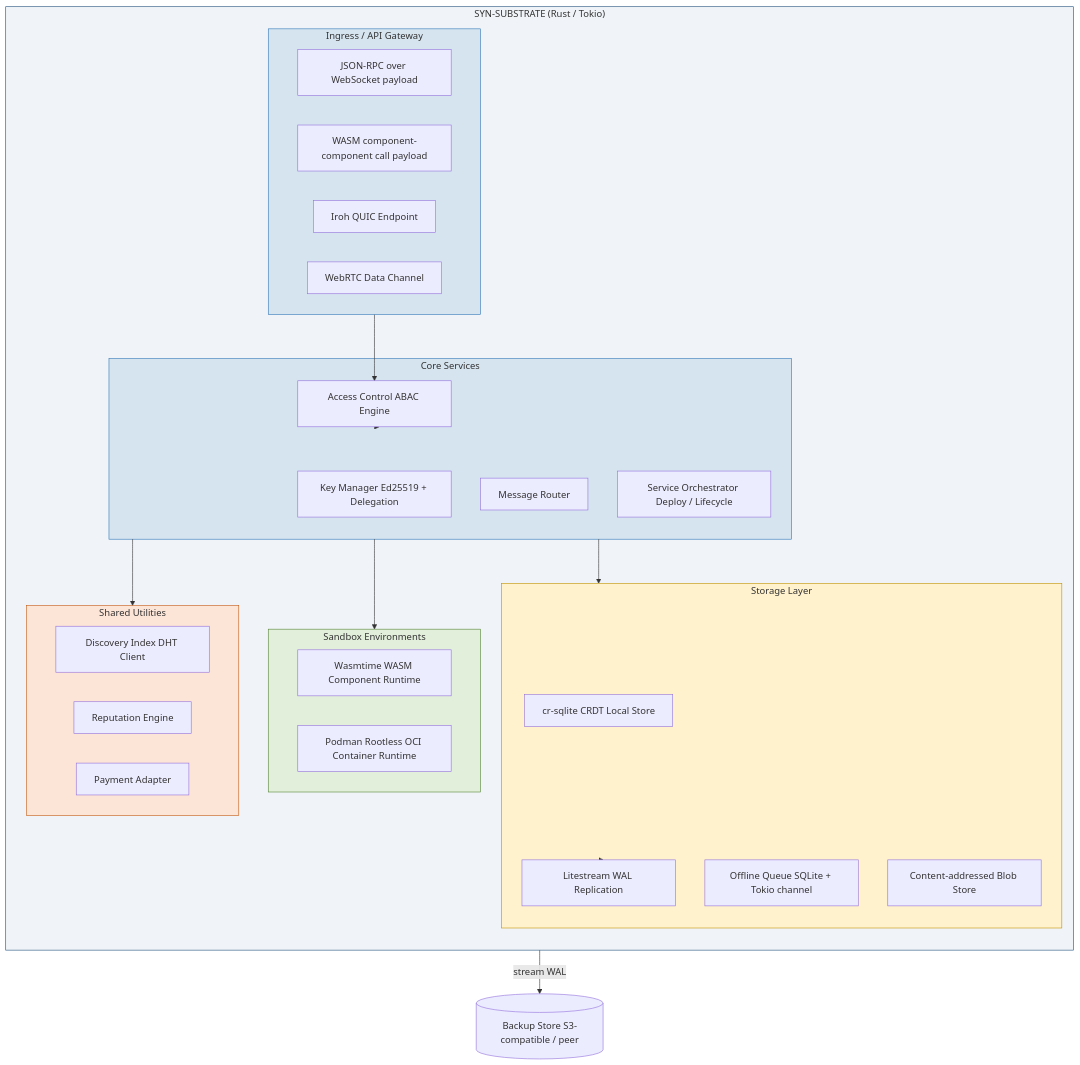
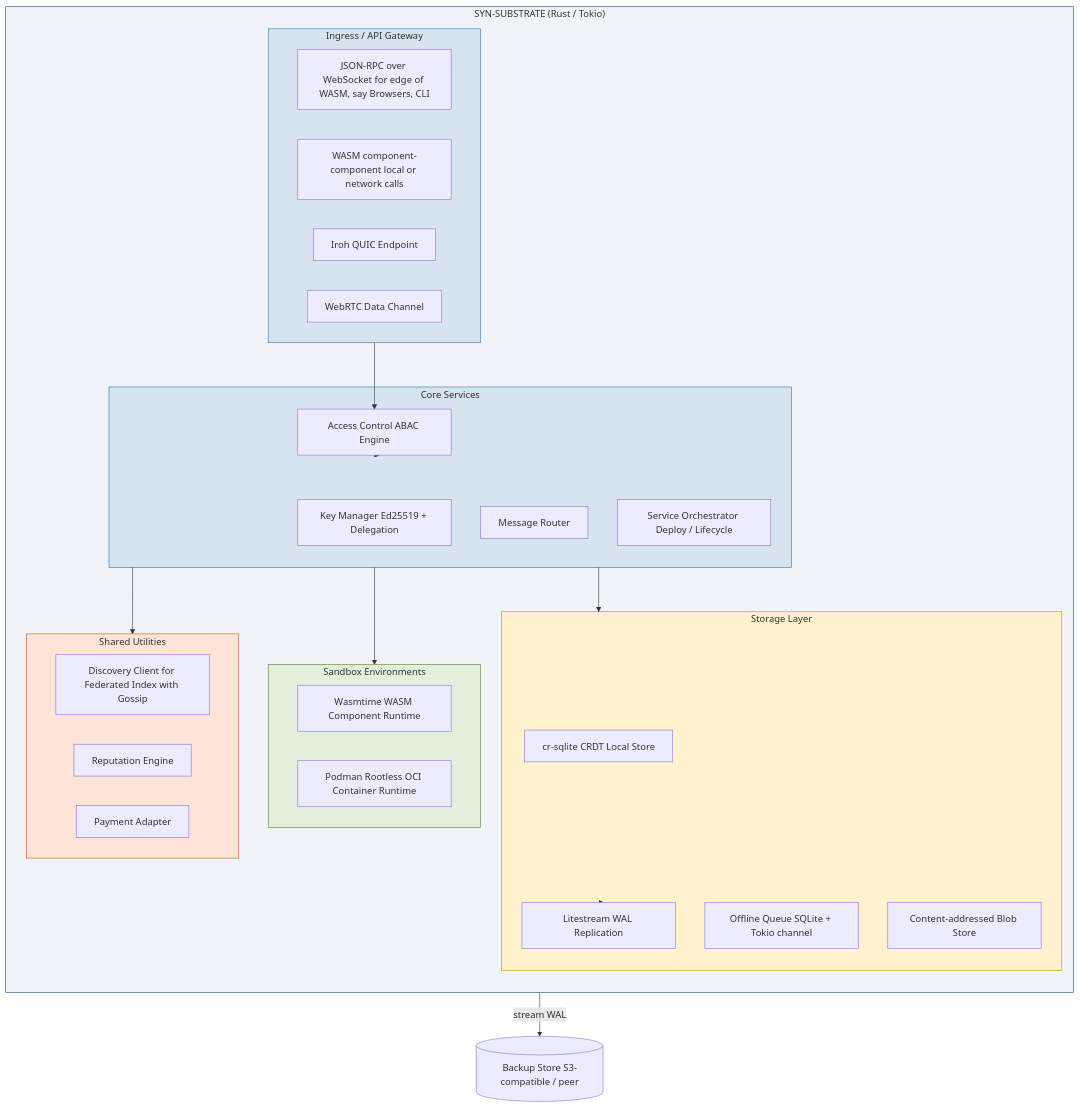
The sixth of 21 diagrams in docs/architecture.md (syneroym/syneroym), drawn with Mermaid before and after one commit. The commit also changed other lines of this file, not shown here.

Commit message:
docs: gossip based search, local call optimize

````diff
--- a/docs/architecture.md
+++ b/docs/architecture.md
@@ -219,53 +219,53 @@
 ```mermaid
 flowchart TD
     subgraph SUBSTRATE["SYN-SUBSTRATE (Rust / Tokio)"]
         direction TB
         
         subgraph INGRESS["Ingress / API Gateway"]
-            WS[JSON-RPC over WebSocket payload]
-            wRPC[WASM component-component call payload]
+            WS[JSON-RPC over WebSocket for edge of WASM, say Browsers, CLI]
+            wRPC[WASM component-component local or network calls]
             QUIC_EP[Iroh QUIC Endpoint]
             WRT[WebRTC Data Channel]
         end
 
         subgraph CORE["Core Services"]
             KM[Key Manager Ed25519 + Delegation]
             AC[Access Control ABAC Engine]
             MSG[Message Router]
             ORCH[Service Orchestrator Deploy / Lifecycle]
         end
 
         subgraph SANDBOX["Sandbox Environments"]
             WASM[Wasmtime WASM Component Runtime]
             OCI[Podman Rootless OCI Container Runtime]
         end
 
         subgraph STORAGE["Storage Layer"]
             CRSQL[cr-sqlite CRDT Local Store]
             QUEUE[Offline Queue SQLite + Tokio channel]
             BLOB[Content-addressed Blob Store]
             LS[Litestream WAL Replication]
         end
 
         subgraph UTIL["Shared Utilities"]
-            DISC[Discovery Index DHT Client]
+            DISC[Discovery Client for Federated Index with Gossip]
             REP[Reputation Engine]
             PAY[Payment Adapter]
         end
     end
 
     INGRESS --> AC
     AC --> CORE
     CORE --> SANDBOX
     CORE --> STORAGE
     CORE --> UTIL
     STORAGE --> LS
     LS -->|"stream WAL"| BACKUP[(Backup Store S3-compatible / peer)]
 
     style SUBSTRATE fill:#f0f4f8,stroke:#1F4E79
     style INGRESS fill:#D6E4F0,stroke:#2E75B6
     style CORE fill:#D6E4F0,stroke:#2E75B6
     style SANDBOX fill:#E2EFDA,stroke:#548235
     style STORAGE fill:#FFF2CC,stroke:#BF9000
     style UTIL fill:#FCE4D6,stroke:#C55A11
 ```
````
